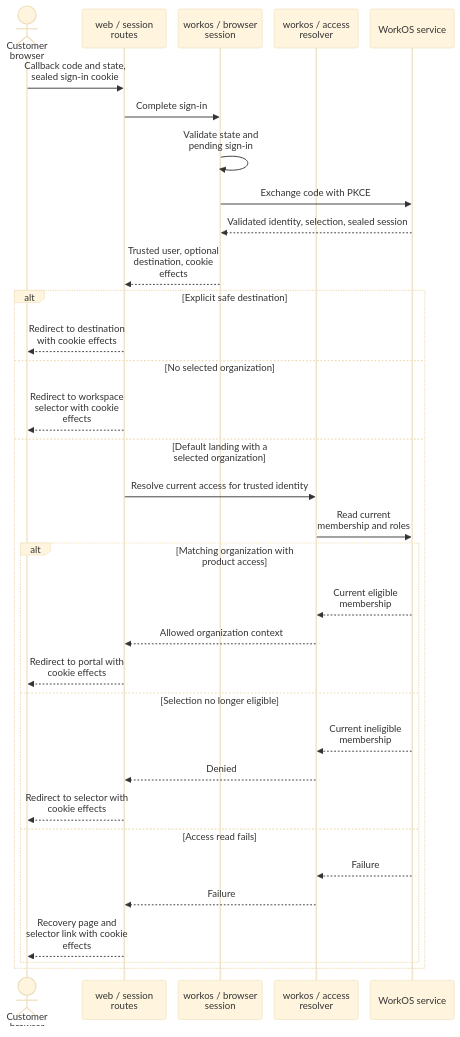
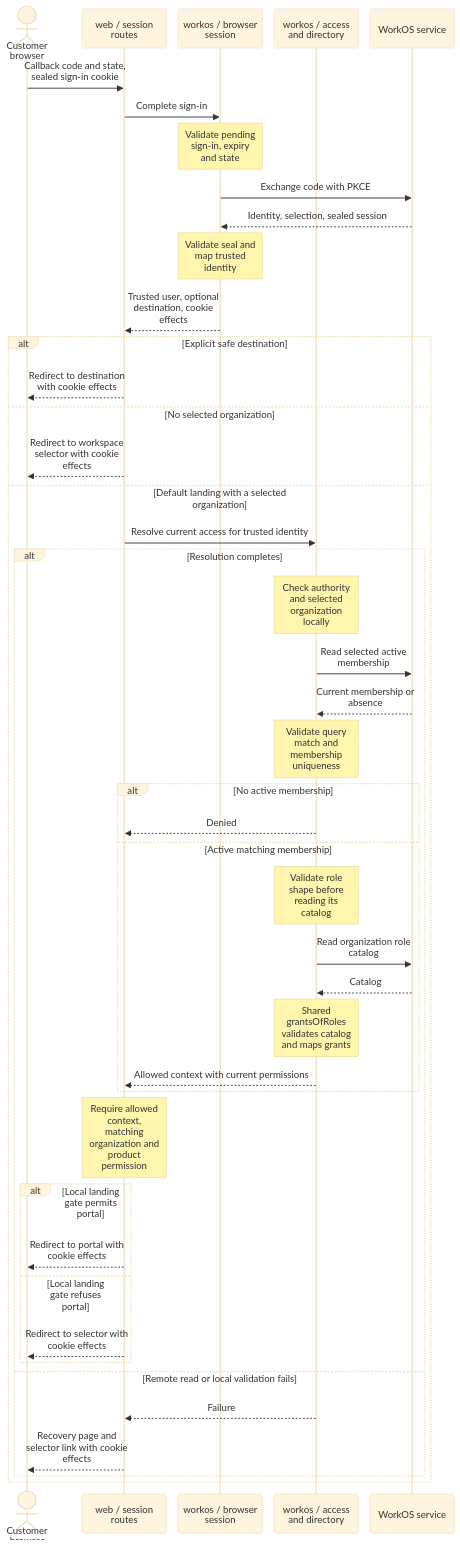
The ninth of 11 diagrams in architecture/components.md (tomer-mayara/Thermus), drawn with Mermaid (base theme) before and after one commit. The commit also changed 2 other files, not shown here.

Commit message:
docs: show local gates in sign-in landing flow

````diff
--- a/architecture/components.md
+++ b/architecture/components.md
@@ -415,36 +415,47 @@
 ```mermaid
 %%{init: {"sequence": {"wrap": true, "actorMargin": 20, "width": 140}}}%%
 sequenceDiagram
   actor Browser as Customer browser
   participant Routes as web / session routes
   participant Session as workos / browser session
-  participant Access as workos / access resolver
+  participant Access as workos / access and directory
   participant Remote as WorkOS service
   Browser->>Routes: Callback code and state, sealed sign-in cookie
   Routes->>Session: Complete sign-in
-  Session->>Session: Validate state and pending sign-in
+  Note over Session: Validate pending sign-in, expiry and state
   Session->>Remote: Exchange code with PKCE
-  Remote-->>Session: Validated identity, selection, sealed session
+  Remote-->>Session: Identity, selection, sealed session
+  Note over Session: Validate seal and map trusted identity
   Session-->>Routes: Trusted user, optional destination, cookie effects
   alt Explicit safe destination
     Routes-->>Browser: Redirect to destination with cookie effects
   else No selected organization
     Routes-->>Browser: Redirect to workspace selector with cookie effects
   else Default landing with a selected organization
     Routes->>Access: Resolve current access for trusted identity
-    Access->>Remote: Read current membership and roles
-    alt Matching organization with product access
-      Remote-->>Access: Current eligible membership
-      Access-->>Routes: Allowed organization context
-      Routes-->>Browser: Redirect to portal with cookie effects
-    else Selection no longer eligible
-      Remote-->>Access: Current ineligible membership
-      Access-->>Routes: Denied
-      Routes-->>Browser: Redirect to selector with cookie effects
-    else Access read fails
-      Remote-->>Access: Failure
+    alt Resolution completes
+      Note over Access: Check authority and selected organization locally
+      Access->>Remote: Read selected active membership
+      Remote-->>Access: Current membership or absence
+      Note over Access: Validate query match and membership uniqueness
+      alt No active membership
+        Access-->>Routes: Denied
+      else Active matching membership
+        Note over Access: Validate role shape before reading its catalog
+        Access->>Remote: Read organization role catalog
+        Remote-->>Access: Catalog
+        Note over Access: Shared grantsOfRoles validates catalog and maps grants
+        Access-->>Routes: Allowed context with current permissions
+      end
+      Note over Routes: Require allowed context, matching organization and product permission
+      alt Local landing gate permits portal
+        Routes-->>Browser: Redirect to portal with cookie effects
+      else Local landing gate refuses portal
+        Routes-->>Browser: Redirect to selector with cookie effects
+      end
+    else Remote read or local validation fails
       Access-->>Routes: Failure
       Routes-->>Browser: Recovery page and selector link with cookie effects
     end
   end
 ```
````
